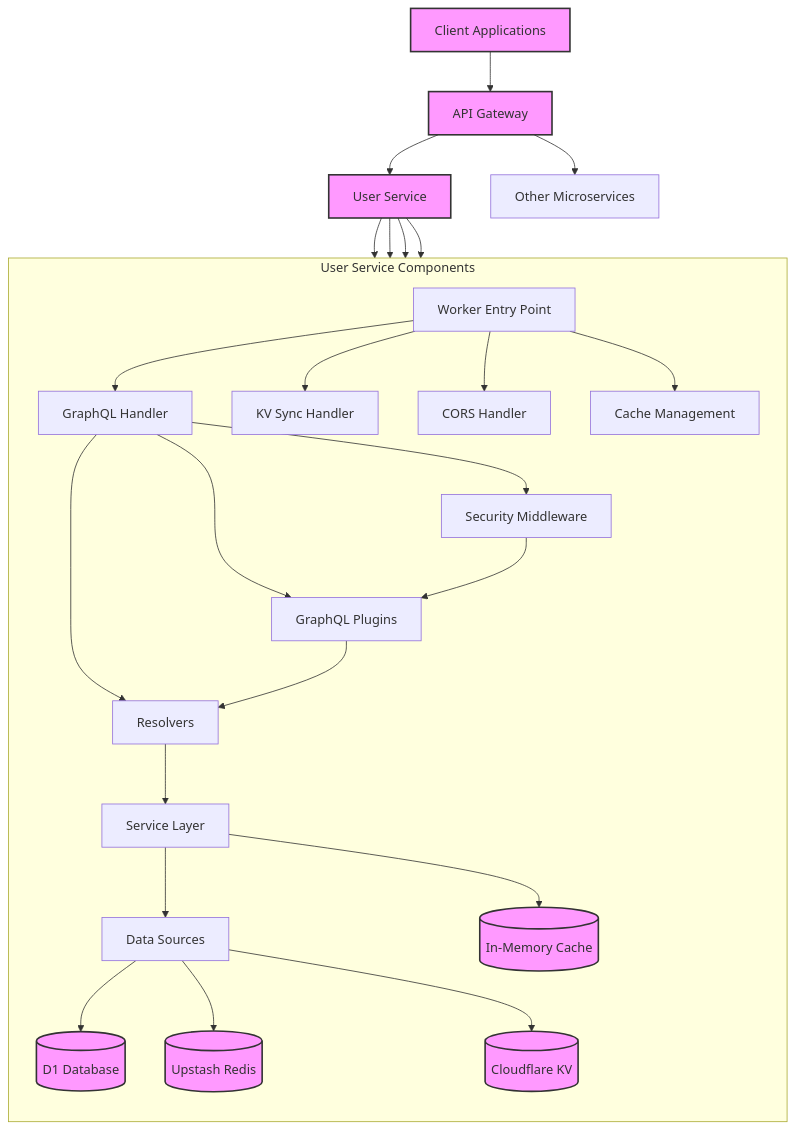
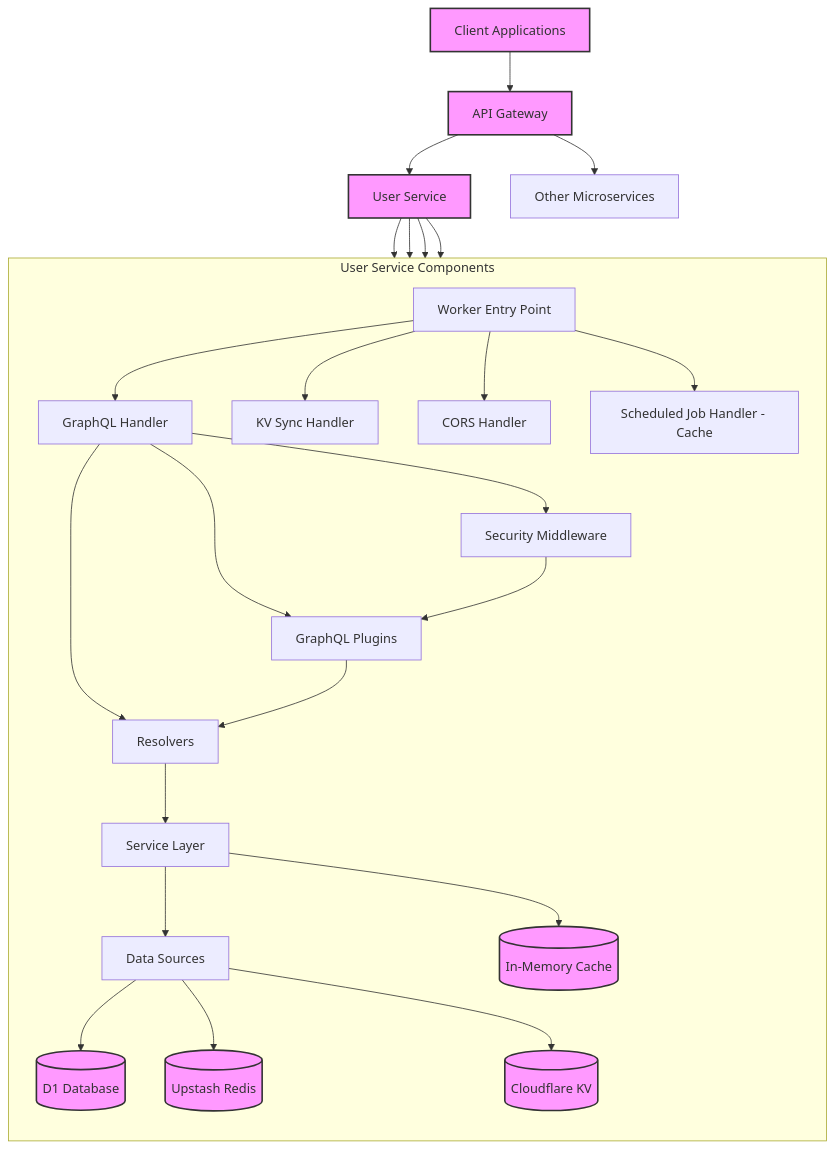
Before and after one commit to vinodhj/expense-microservices: the first of 15 diagrams in docs/user-services.md, drawn with Mermaid. The commit also changed other lines of this file, not shown here.

Commit message:
mermaid tweaks-6

````diff
--- a/docs/user-services.md
+++ b/docs/user-services.md
@@ -53,37 +53,37 @@
 ```mermaid
 flowchart TB
     Client[Client Applications] --> Gateway[API Gateway]
     Gateway --> UserService[User Service]
     Gateway --> OtherServices[Other Microservices]
 
     UserService --> D1DB[(D1 Database)]
     UserService --> RedisStore[(Upstash Redis)]
     UserService --> CloudflareKV[(Cloudflare KV)]
     UserService --> InMemoryCache[(In-Memory Cache)]
 
     subgraph "User Service Components"
         direction TB
         Worker[Worker Entry Point] --> GraphQLHandler[GraphQL Handler]
         Worker --> KVSyncHandler[KV Sync Handler]
         Worker --> CORSHandler[CORS Handler]
-        Worker --> CacheManager[Cache Management]
+        Worker --> CacheManager[Scheduled Job Handler - Cache]
 
         GraphQLHandler --> SecurityMiddleware[Security Middleware]
         GraphQLHandler --> GraphQLPlugins[GraphQL Plugins]
         GraphQLHandler --> Resolvers[Resolvers]
 
         SecurityMiddleware --> GraphQLPlugins
         GraphQLPlugins --> Resolvers
 
         Resolvers --> Services[Service Layer]
         Services --> DataSources[Data Sources]
 
         Services --> InMemoryCache
         DataSources --> D1DB
         DataSources --> RedisStore
         DataSources --> CloudflareKV
     end
 
     classDef highlight fill:#f9f,stroke:#333,stroke-width:2px,color:#333
     class UserService,Client,Gateway,D1DB,RedisStore,CloudflareKV,InMemoryCache highlight
 ```
````
